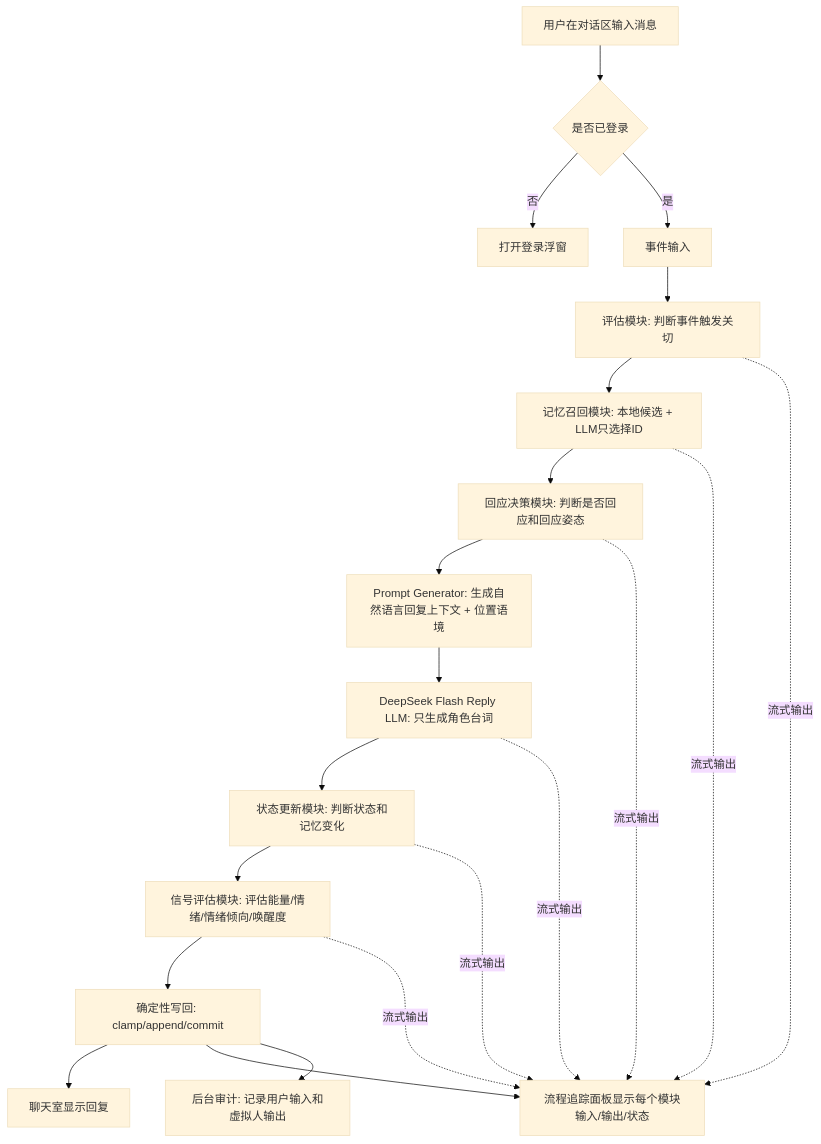
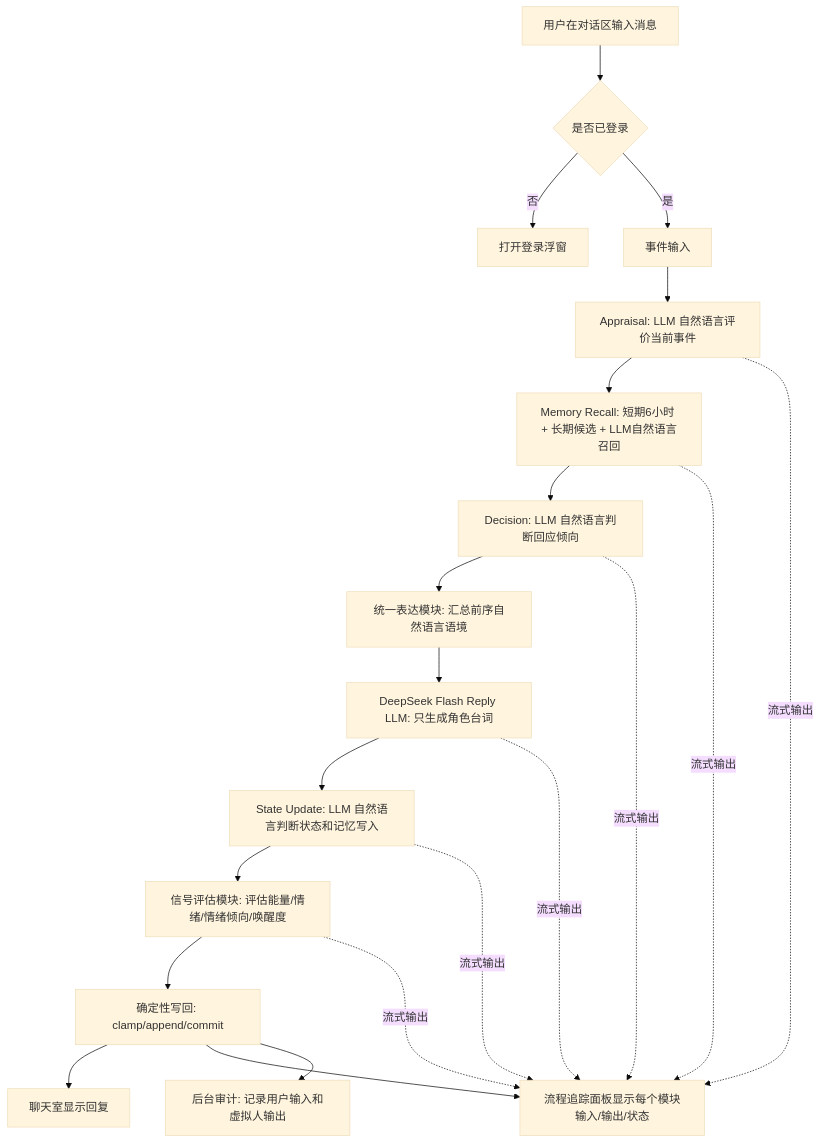
Before and after one commit to ttmanthatman/virtual-human-flow: the fourth of 31 diagrams in docs/SYSTEM_FLOW.md, drawn with Mermaid (base theme). The commit also changed other lines of this file and 23 other files, not shown here.

````diff
--- a/docs/SYSTEM_FLOW.md
+++ b/docs/SYSTEM_FLOW.md
@@ -134,23 +134,23 @@
 ```mermaid
 flowchart TD
     U[用户在对话区输入消息] --> AUTH{是否已登录}
     AUTH -- 否 --> LOGIN[打开登录浮窗]
     AUTH -- 是 --> E[事件输入]
-    E --> A[评估模块: 判断事件触发关切]
-    A --> M[记忆召回模块: 本地候选 + LLM只选择ID]
-    M --> D[回应决策模块: 判断是否回应和回应姿态]
-    D --> P[Prompt Generator: 生成自然语言回复上下文 + 位置语境]
+    E --> A[Appraisal: LLM 自然语言评价当前事件]
+    A --> M[Memory Recall: 短期6小时 + 长期候选 + LLM自然语言召回]
+    M --> D[Decision: LLM 自然语言判断回应倾向]
+    D --> P[统一表达模块: 汇总前序自然语言语境]
     P --> R[DeepSeek Flash Reply LLM: 只生成角色台词]
-    R --> S[状态更新模块: 判断状态和记忆变化]
+    R --> S[State Update: LLM 自然语言判断状态和记忆写入]
     S --> G[信号评估模块: 评估能量/情绪/情绪倾向/唤醒度]
     G --> W[确定性写回: clamp/append/commit]
     W --> C[聊天室显示回复]
     W --> T[流程追踪面板显示每个模块输入/输出/状态]
     W --> AUDIT[后台审计: 记录用户输入和虚拟人输出]
     A -. 流式输出 .-> T
     M -. 流式输出 .-> T
     D -. 流式输出 .-> T
     R -. 流式输出 .-> T
     S -. 流式输出 .-> T
     G -. 流式输出 .-> T
 ```
````
